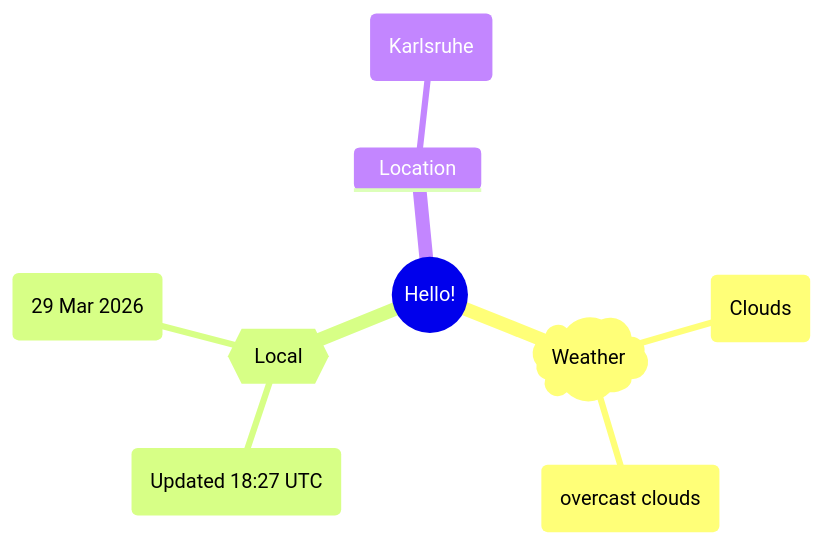
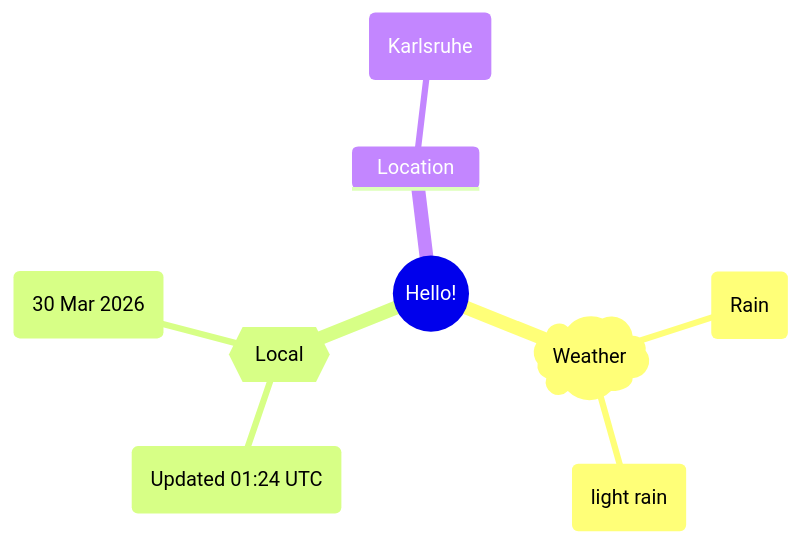
Before and after one commit to Xosrov/Xosrov: the first of 2 diagrams in README.md, drawn with Mermaid.

Commit message:
[bot] updated images

````diff
--- a/README.md
+++ b/README.md
@@ -3,12 +3,12 @@
 ```mermaid
 mindmap
   root((Hello!))
     )Weather(
-        (Clouds)
-        (overcast clouds)
+        (Rain)
+        (light rain)
     {{Local}}
-        (Updated 18:27 UTC)
-        (29 Mar 2026)
+        (Updated 01:24 UTC)
+        (30 Mar 2026)
     Location
         (Karlsruhe)
 ```
````
